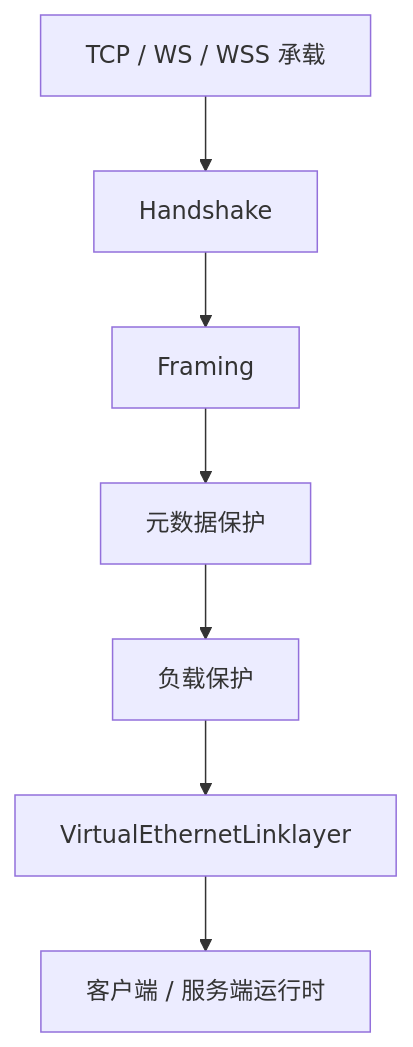
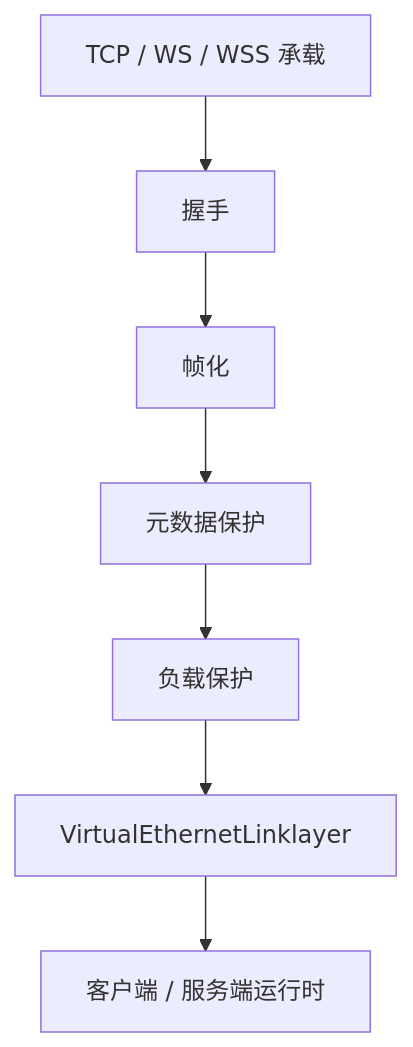
The first of 4 diagrams in docs/TRANSMISSION_CN.md (HyacinthHaru/openppp2), drawn with Mermaid before and after one commit. The commit also changed other lines of this file and 38 other files, not shown here.

````diff
--- a/docs/TRANSMISSION_CN.md
+++ b/docs/TRANSMISSION_CN.md
@@ -26,9 +26,9 @@
 ```mermaid
 flowchart TD
-    A[TCP / WS / WSS 承载] --> B[Handshake]
-    B --> C[Framing]
+    A[TCP / WS / WSS 承载] --> B[握手]
+    B --> C[帧化]
     C --> D[元数据保护]
     D --> E[负载保护]
     E --> F[VirtualEthernetLinklayer]
     F --> G[客户端 / 服务端运行时]
 ```
````
